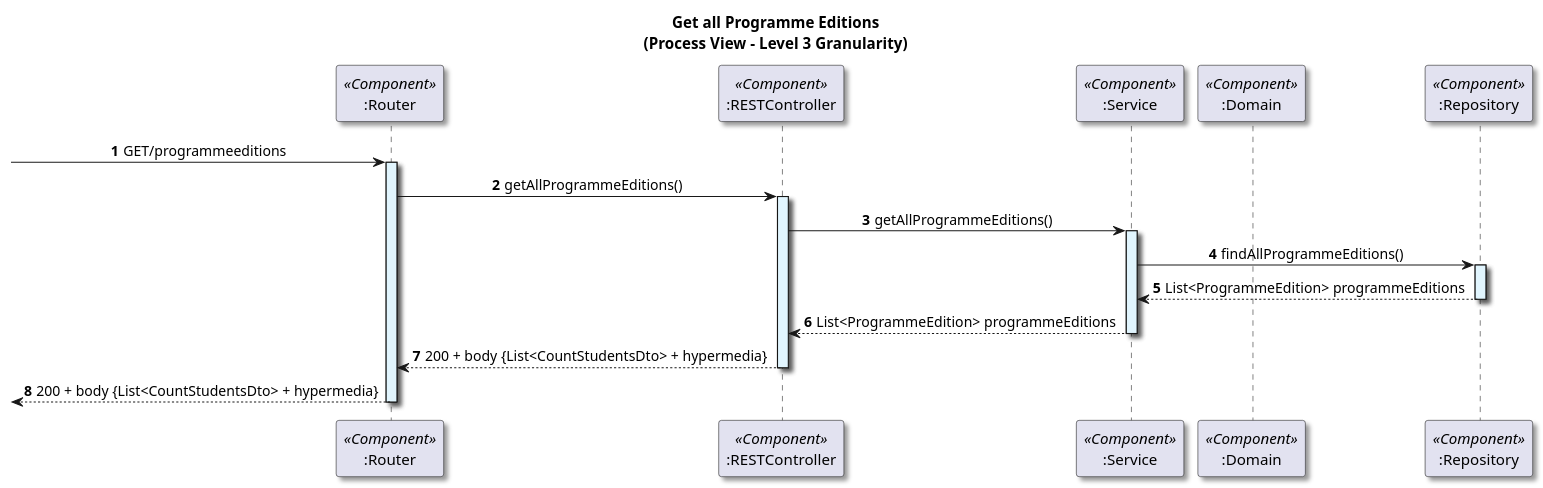
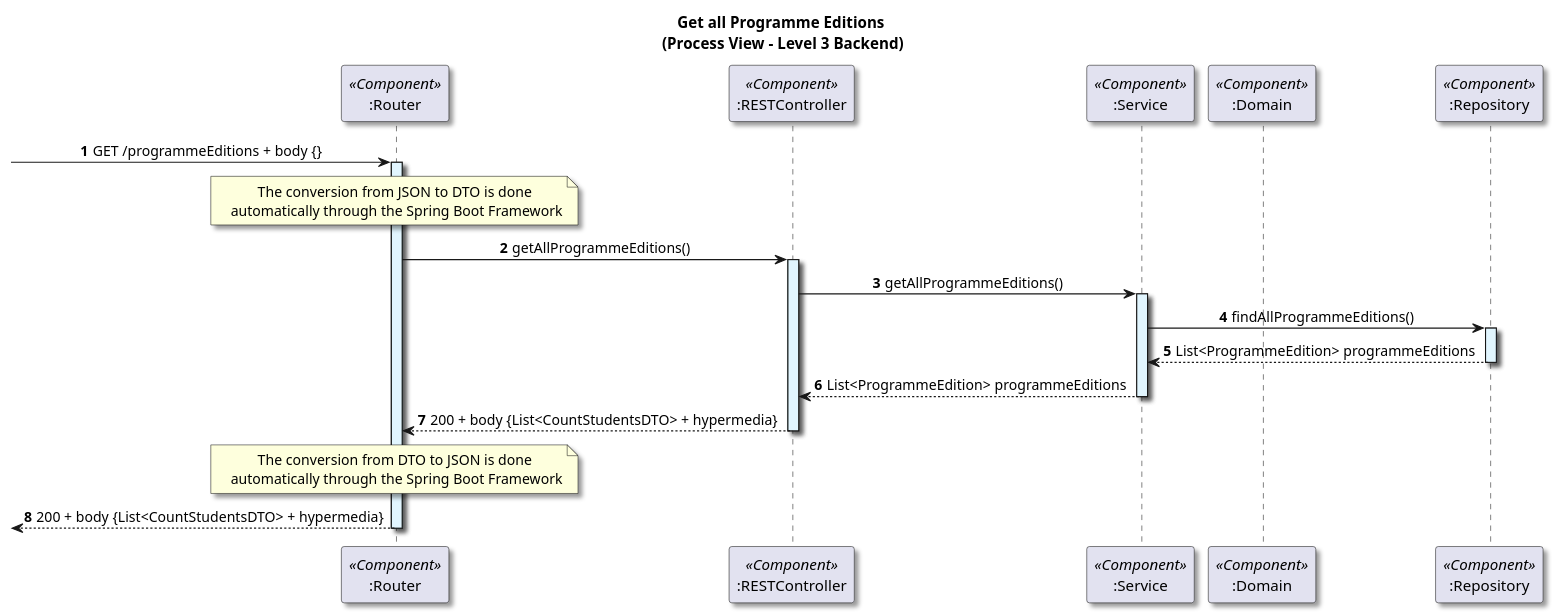
Before and after one commit to GasparISEP/DevOps-PAI: the diagram in docs/US21/Sprint6/ProcessView/GetAllProgrammeEditionsLevel3Granularity.puml, drawn with PlantUML.

Commit message:
fix(GetAllProgrammeEditionsLevel3Granularity): update diagram title and correct DTO naming for clarity REF(#664)

```diff
--- a/docs/US21/Sprint6/ProcessView/GetAllProgrammeEditionsLevel3Granularity.puml
+++ b/docs/US21/Sprint6/ProcessView/GetAllProgrammeEditionsLevel3Granularity.puml
@@ -1,31 +1,45 @@
 @startuml
 
-title Get all Programme Editions\n(Process View - Level 3 Granularity)
+title Get all Programme Editions\n (Process View - Level 3 Backend)
 
 skinparam defaultTextAlignment center
 skinparam shadowing true
 
 autonumber
 
 participant ":Router" as router <<Component>>
 participant ":RESTController" as controller <<Component>>
 participant ":Service" as service <<Component>>
 participant ":Domain" as domain <<Component>>
 participant ":Repository" as repository <<Component>>
--> router: GET/programmeeditions
+
+-> router: GET /programmeEditions + body {}
 activate router #E1F5FE
+
+note over router: The conversion from JSON to DTO is done\n automatically through the Spring Boot Framework
+
 router -> controller :getAllProgrammeEditions()
 activate controller#E1F5FE
+
 controller -> service : getAllProgrammeEditions()
 activate service#E1F5FE
+
 service -> repository: findAllProgrammeEditions()
 activate repository #E1F5FE
+
 repository --> service:List<ProgrammeEdition> programmeEditions
 deactivate repository
+
 service --> controller : List<ProgrammeEdition> programmeEditions
 deactivate service
-controller --> router: 200 + body {List<CountStudentsDto> + hypermedia}
+
+controller --> router: 200 + body {List<CountStudentsDTO> + hypermedia}
 deactivate controller#E1F5FE
-<-- router: 200 + body {List<CountStudentsDto> + hypermedia}
+
+note over router: The conversion from DTO to JSON is done\n automatically through the Spring Boot Framework
+
+
+<-- router: 200 + body {List<CountStudentsDTO> + hypermedia}
 deactivate router #E1F5FE
+
 @enduml
```
